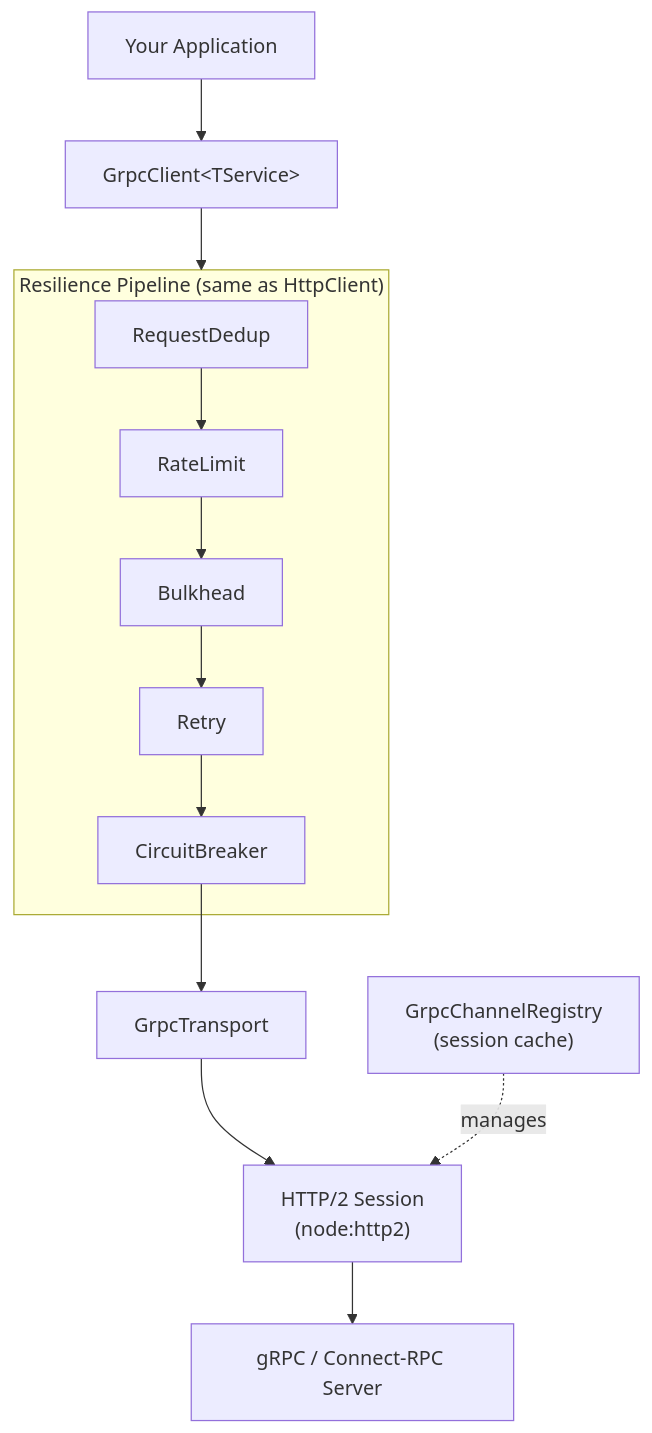
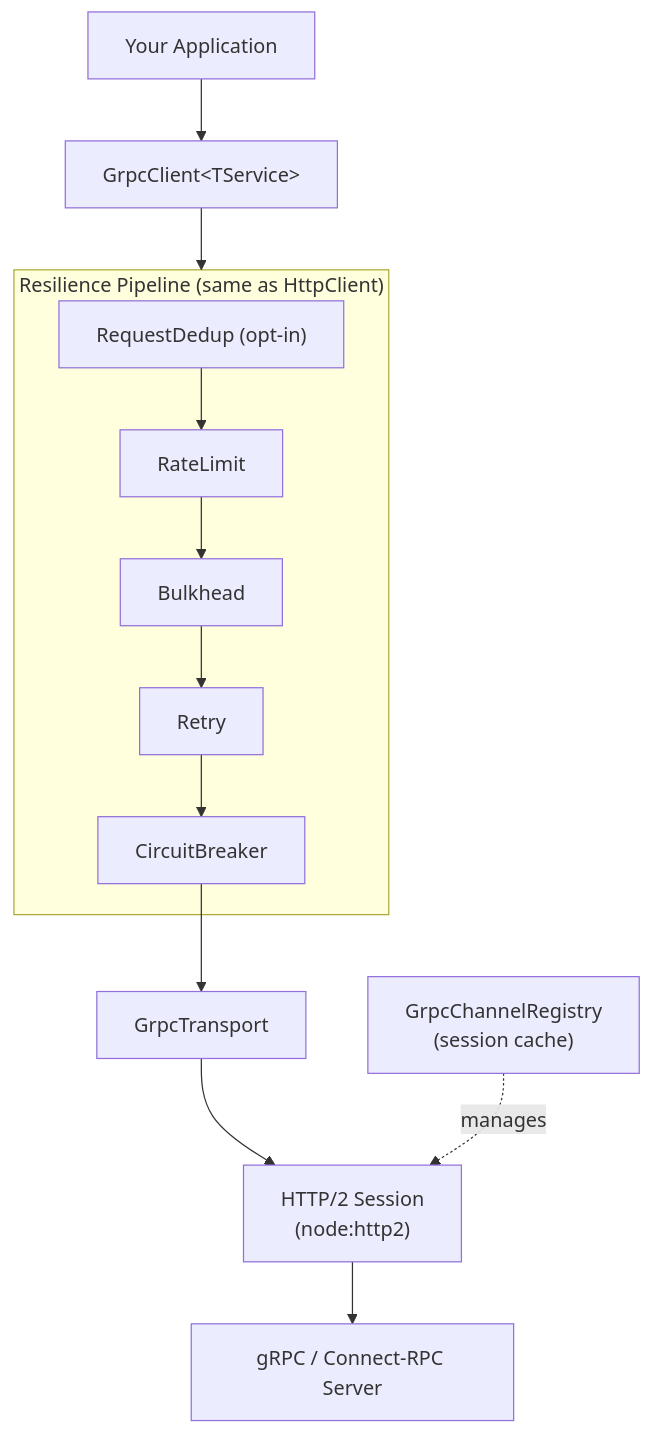
One commit to jhonesgoncalves/super-http-ts changed the first of 3 diagrams in website/guide/grpc.md. Above: the diagram before and after it, drawn with Mermaid. The commit also changed other lines of this file and 94 other files, not shown here.

````diff
--- a/website/guide/grpc.md
+++ b/website/guide/grpc.md
@@ -48,18 +48,18 @@
 ```mermaid
 graph TD
     App["Your Application"] --> GC["GrpcClient&lt;TService&gt;"]
 
     subgraph Pipeline["Resilience Pipeline (same as HttpClient)"]
-        RD["RequestDedup"] --> RL["RateLimit"]
+        RD["RequestDedup (opt-in)"] --> RL["RateLimit"]
         RL --> BH["Bulkhead"]
         BH --> RT["Retry"]
         RT --> CB["CircuitBreaker"]
     end
 
     GC --> Pipeline
     CB --> GT["GrpcTransport"]
     GT --> H2["HTTP/2 Session\n(node:http2)"]
     H2 --> Server["gRPC / Connect-RPC Server"]
 
     GCR["GrpcChannelRegistry\n(session cache)"] -.->|manages| H2
 ```
````
